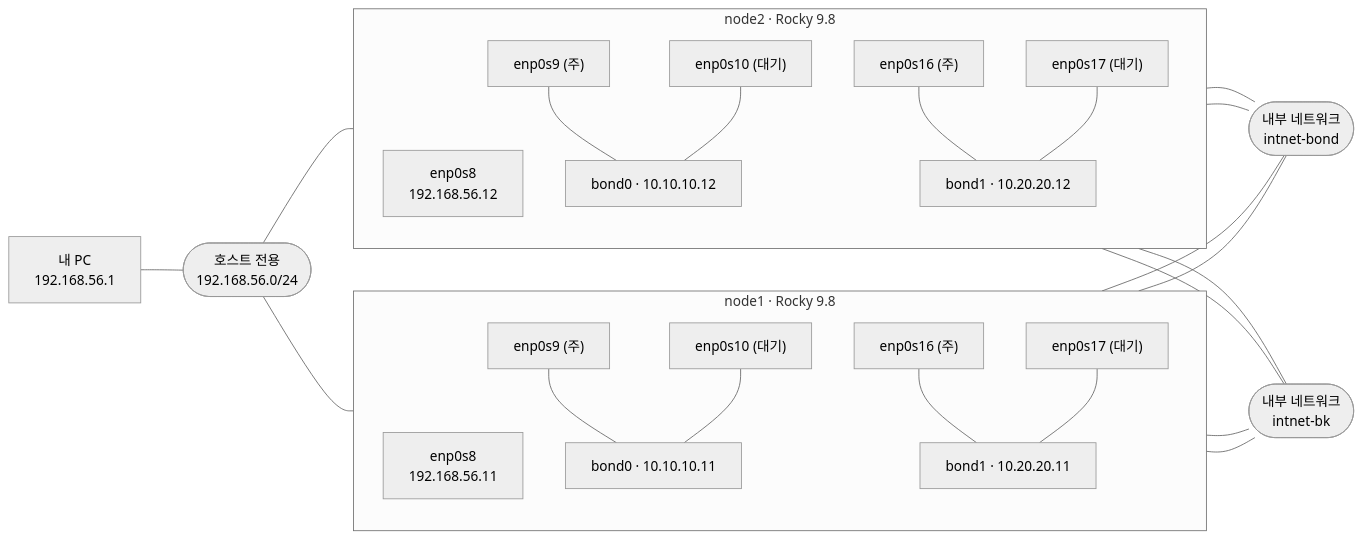
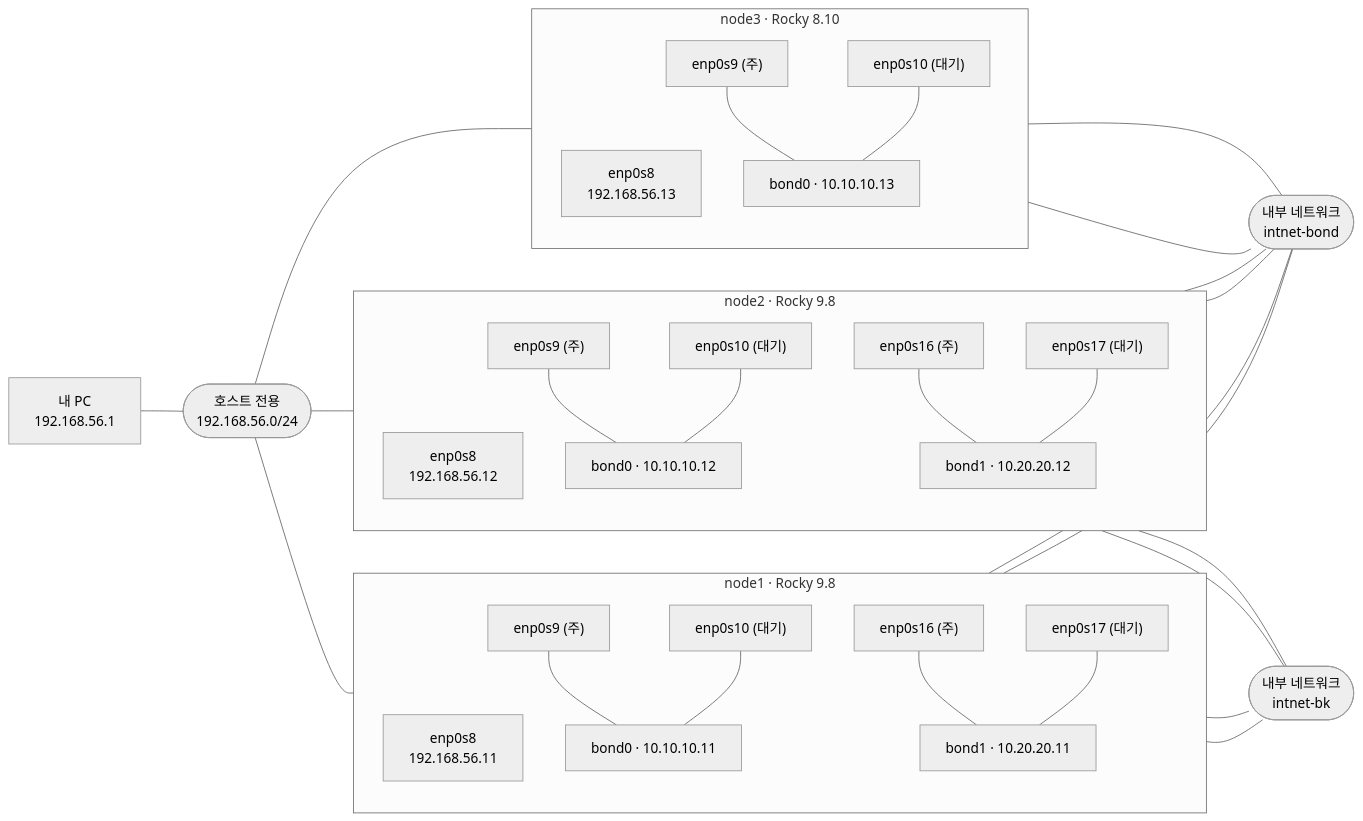
Before and after one commit to mdkk0220/VMS-hw: the diagram in 02-network-bonding/README.md, drawn with Mermaid (neutral theme). The commit also changed other lines of this file and 3 other files, not shown here.

````diff
--- a/02-network-bonding/README.md
+++ b/02-network-bonding/README.md
@@ -10,42 +10,53 @@
 ```mermaid
 flowchart LR
     PC["내 PC<br/>192.168.56.1"]
 
     subgraph N1["node1 · Rocky 9.8"]
         direction TB
         A1["enp0s8<br/>192.168.56.11"]
         B10["bond0 · 10.10.10.11"]
         B11["bond1 · 10.20.20.11"]
         P1a["enp0s9 (주)"] --- B10
         P1b["enp0s10 (대기)"] --- B10
         P1c["enp0s16 (주)"] --- B11
         P1d["enp0s17 (대기)"] --- B11
     end
 
     subgraph N2["node2 · Rocky 9.8"]
         direction TB
         A2["enp0s8<br/>192.168.56.12"]
         B20["bond0 · 10.10.10.12"]
         B21["bond1 · 10.20.20.12"]
         P2a["enp0s9 (주)"] --- B20
         P2b["enp0s10 (대기)"] --- B20
         P2c["enp0s16 (주)"] --- B21
         P2d["enp0s17 (대기)"] --- B21
     end
 
+    subgraph N3["node3 · Rocky 8.10"]
+        direction TB
+        A3["enp0s8<br/>192.168.56.13"]
+        B30["bond0 · 10.10.10.13"]
+        P3a["enp0s9 (주)"] --- B30
+        P3b["enp0s10 (대기)"] --- B30
+    end
+
     SW1(["내부 네트워크<br/>intnet-bond"])
     SW2(["내부 네트워크<br/>intnet-bk"])
     HO(["호스트 전용<br/>192.168.56.0/24"])
 
     PC --- HO
     HO --- A1
     HO --- A2
+    HO --- A3
     P1a --- SW1
     P1b --- SW1
     P2a --- SW1
     P2b --- SW1
+    P3a --- SW1
+    P3b --- SW1
     P1c --- SW2
     P1d --- SW2
     P2c --- SW2
     P2d --- SW2
 ```
````
